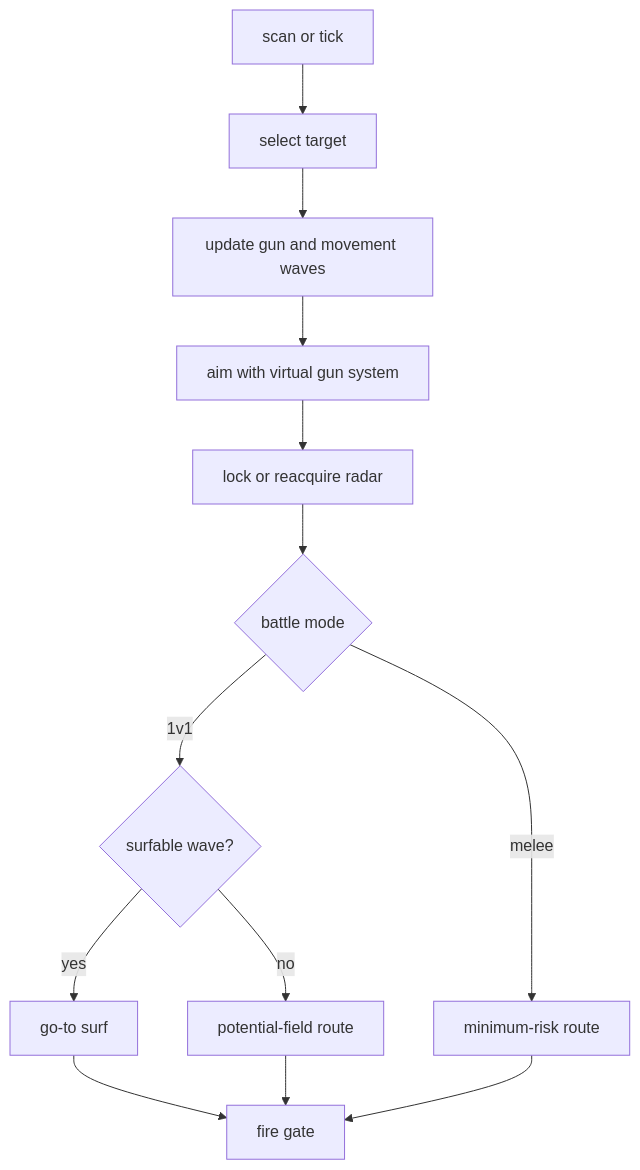
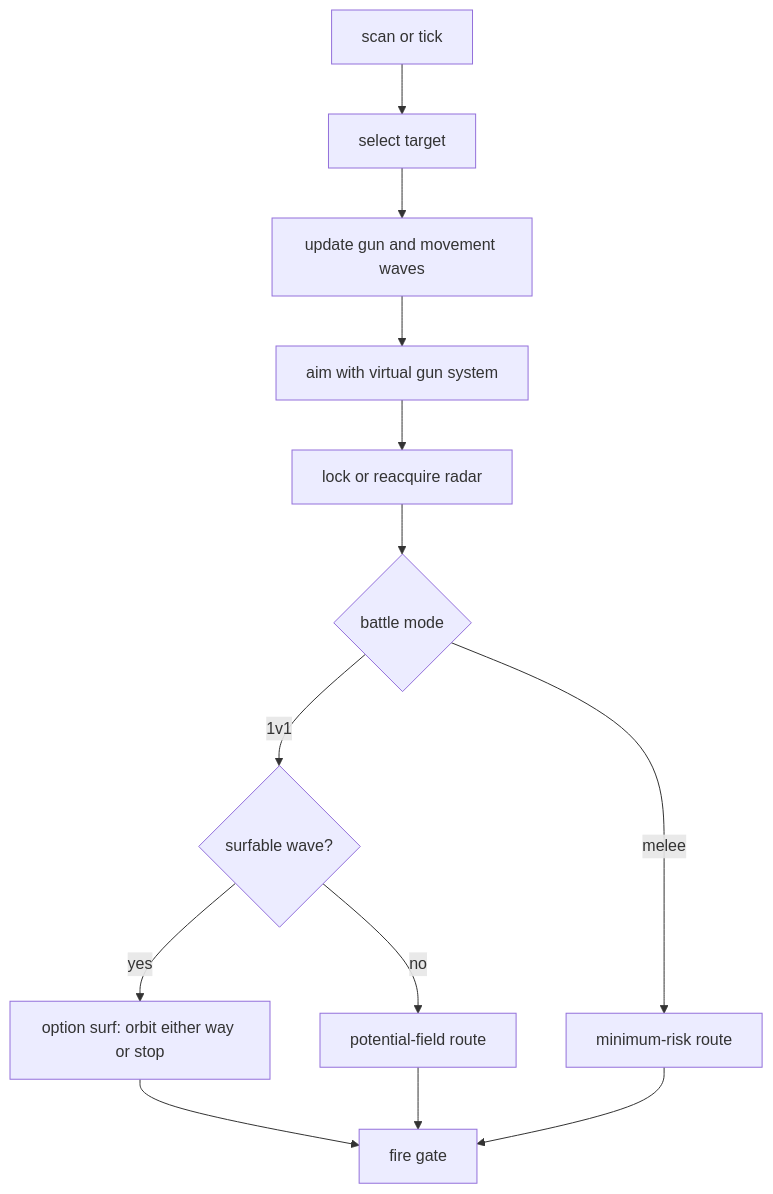
The diagram in bots/adaptive-prime/README.md (fduch-stranger/robocode-bot), drawn with Mermaid before and after one commit. The commit also changed other lines of this file and 8 other files, not shown here.

````diff
--- a/bots/adaptive-prime/README.md
+++ b/bots/adaptive-prime/README.md
@@ -22,15 +22,15 @@
 ```mermaid
 flowchart TD
     A["scan or tick"] --> B["select target"]
     B --> C["update gun and movement waves"]
     C --> D["aim with virtual gun system"]
     D --> E["lock or reacquire radar"]
     E --> F{"battle mode"}
     F -- "1v1" --> G{"surfable wave?"}
-    G -- "yes" --> H["go-to surf"]
+    G -- "yes" --> H["option surf: orbit either way or stop"]
     G -- "no" --> I["potential-field route"]
     F -- "melee" --> J["minimum-risk route"]
     H --> K["fire gate"]
     I --> K
     J --> K
 ```
````
